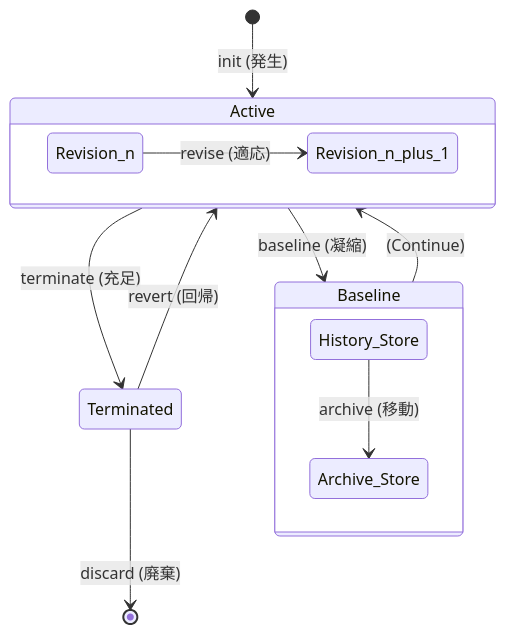
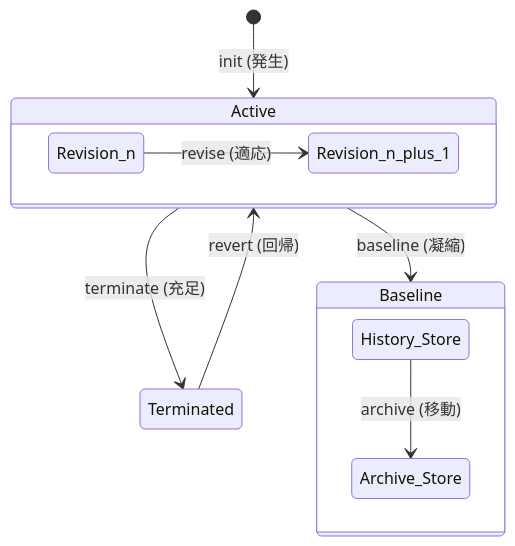
Before and after one commit to panda728/genealogy-table-model: the diagram in README.md, drawn with Mermaid.

Commit message:
Refine state transitions in README
Removed unnecessary transitions in state diagram.

````diff
--- a/README.md
+++ b/README.md
@@ -36,22 +36,19 @@
 ```mermaid
 stateDiagram-v2
     [*] --> Active : init (発生)
     
     state Active {
         direction LR
         Revision_n --> Revision_n_plus_1 : revise (適応)
     }
     
     Active --> Terminated : terminate (充足)
     Terminated --> Active : revert (回帰)
     
     Active --> Baseline : baseline (凝縮)
-    Baseline --> Active : (Continue)
     
     state Baseline {
         direction TB
         History_Store --> Archive_Store : archive (移動)
     }
-
-    Terminated --> [*] : discard (廃棄)
 ```
````
